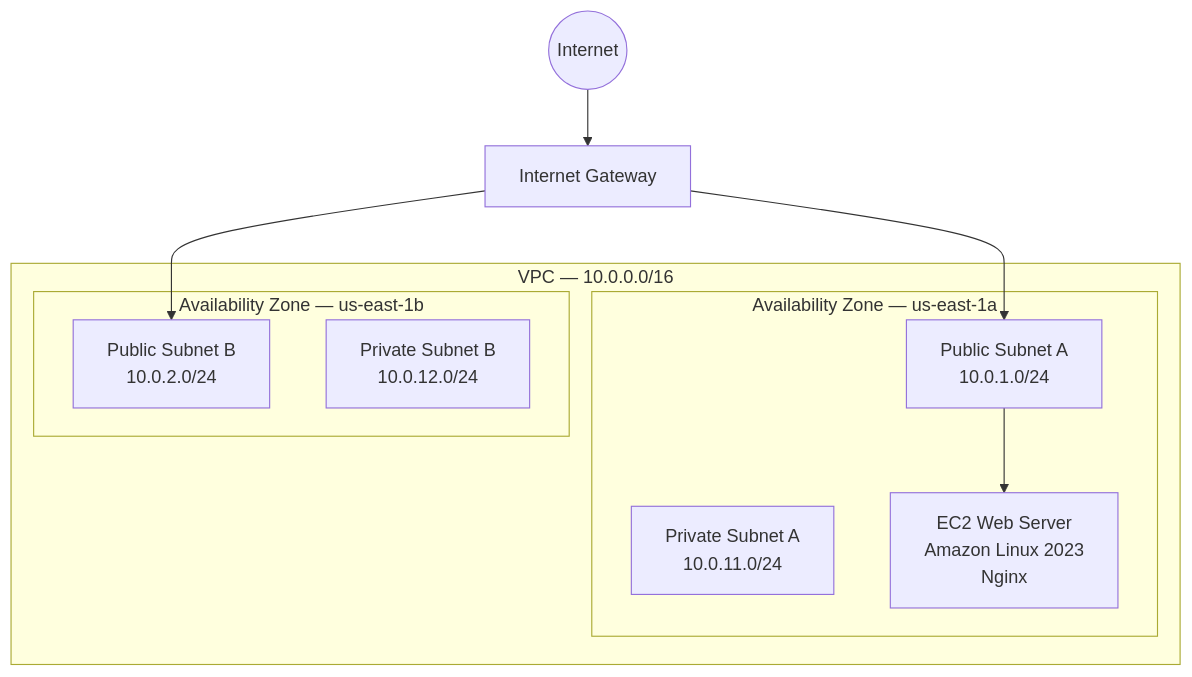
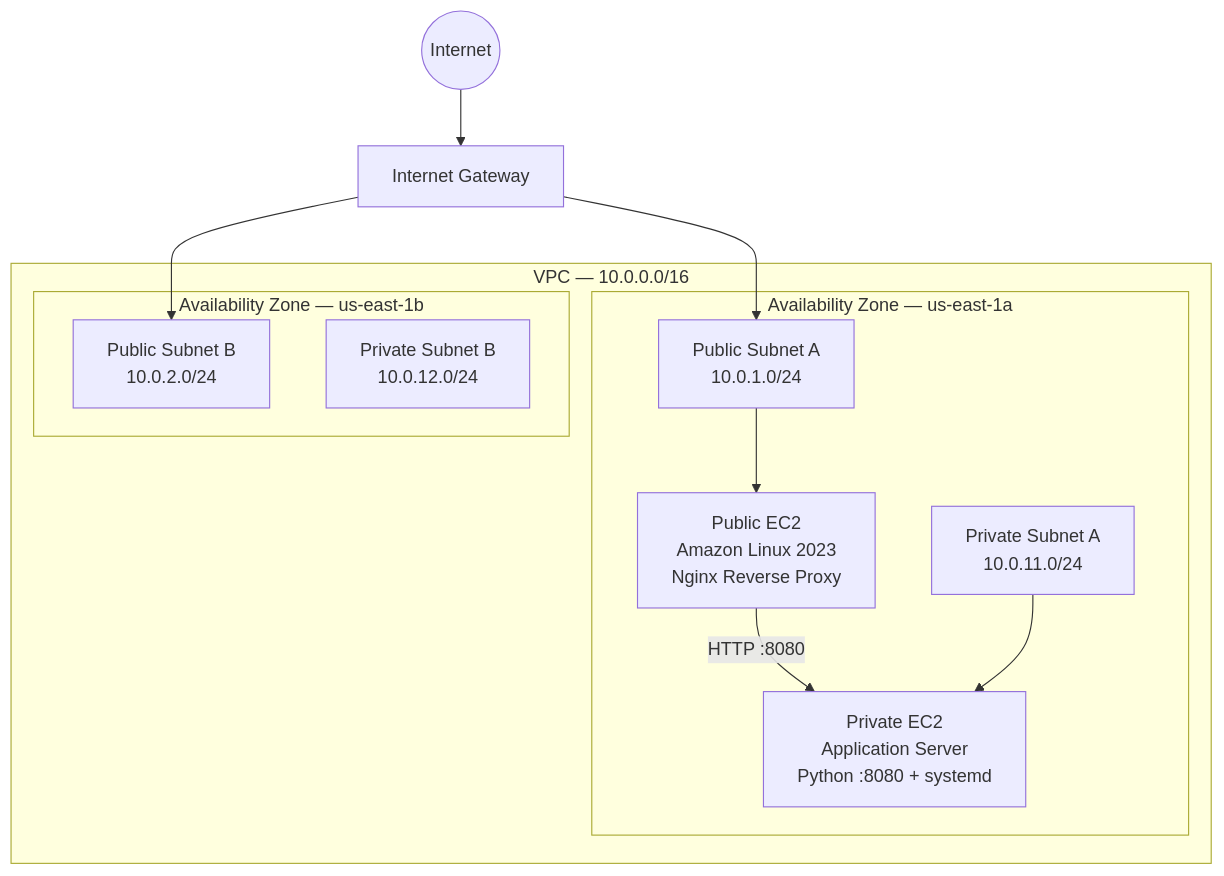
Before and after one commit to jeremydeh1/aws-cloud-infrastructure-lab: the diagram in architecture/architecture.md, drawn with Mermaid. The commit also changed other lines of this file and 1 other file, not shown here.

Commit message:
Add private app server and Nginx reverse proxy

````diff
--- a/architecture/architecture.md
+++ b/architecture/architecture.md
@@ -5,33 +5,36 @@
 ```mermaid
 flowchart TB
 
     Internet((Internet))
     IGW[Internet Gateway]
 
     Internet --> IGW
 
     subgraph VPC["VPC — 10.0.0.0/16"]
 
         subgraph AZA["Availability Zone — us-east-1a"]
 
             PublicA["Public Subnet A<br/>10.0.1.0/24"]
+            WebEC2["Public EC2<br/>Amazon Linux 2023<br/>Nginx Reverse Proxy"]
+
             PrivateA["Private Subnet A<br/>10.0.11.0/24"]
+            PrivateApp["Private EC2<br/>Application Server<br/>Python :8080 + systemd"]
 
-            EC2["EC2 Web Server<br/>Amazon Linux 2023<br/>Nginx"]
-
-            PublicA --> EC2
+            PublicA --> WebEC2
+            WebEC2 -->|HTTP :8080| PrivateApp
+            PrivateA --> PrivateApp
 
         end
 
         subgraph AZB["Availability Zone — us-east-1b"]
 
             PublicB["Public Subnet B<br/>10.0.2.0/24"]
             PrivateB["Private Subnet B<br/>10.0.12.0/24"]
 
         end
 
     end
 
     IGW --> PublicA
     IGW --> PublicB
 ```
````
